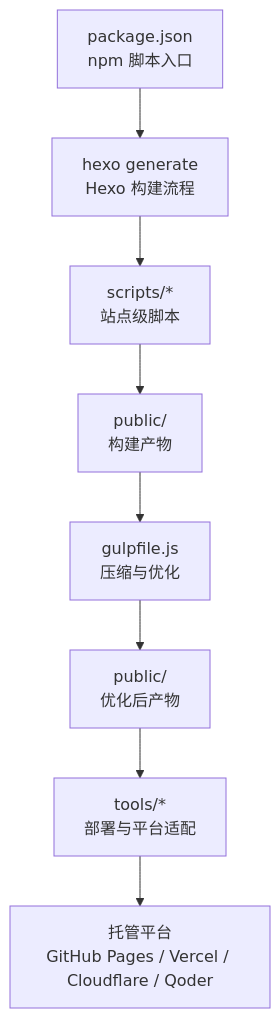
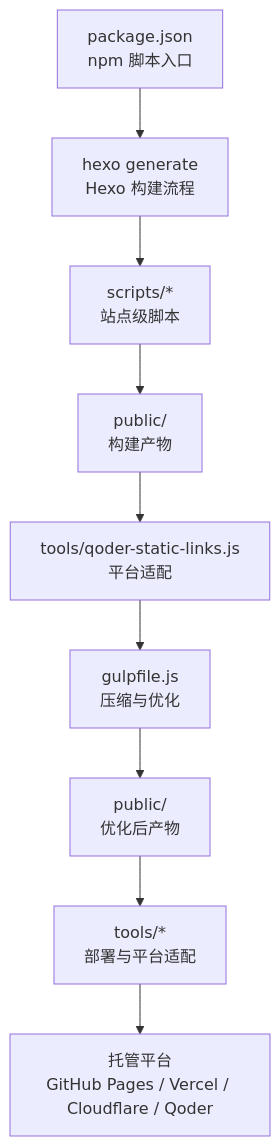
Before and after one commit to N1280851853/my_blog: the first of 14 diagrams in .qoder/repowiki/zh/content/开发工具与脚本/开发工具与脚本.md, drawn with Mermaid. The commit also changed other lines of this file and 8 other files, not shown here.

````diff
--- a/.qoder/repowiki/zh/content/开发工具与脚本/开发工具与脚本.md
+++ b/.qoder/repowiki/zh/content/开发工具与脚本/开发工具与脚本.md
@@ -50,10 +60,11 @@
 ```mermaid
 graph TB
 A["package.json<br/>npm 脚本入口"] --> B["hexo generate<br/>Hexo 构建流程"]
 B --> C["scripts/*<br/>站点级脚本"]
 C --> D["public/<br/>构建产物"]
-D --> E["gulpfile.js<br/>压缩与优化"]
-E --> F["public/<br/>优化后产物"]
-F --> G["tools/*<br/>部署与平台适配"]
-G --> H["托管平台<br/>GitHub Pages / Vercel / Cloudflare / Qoder"]
+D --> E["tools/qoder-static-links.js<br/>平台适配"]
+E --> F["gulpfile.js<br/>压缩与优化"]
+F --> G["public/<br/>优化后产物"]
+G --> H["tools/*<br/>部署与平台适配"]
+H --> I["托管平台<br/>GitHub Pages / Vercel / Cloudflare / Qoder"]
 ```
````
